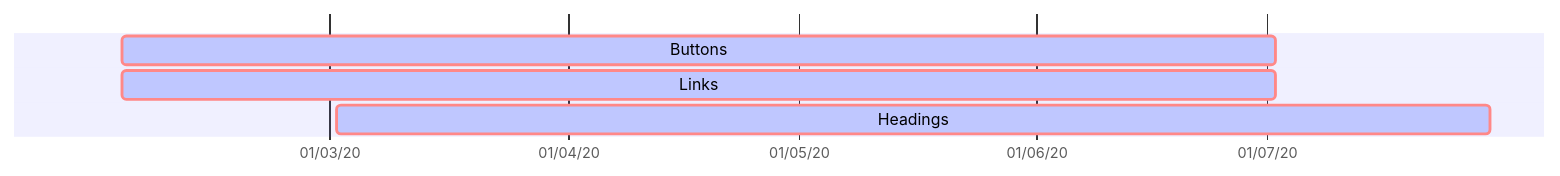
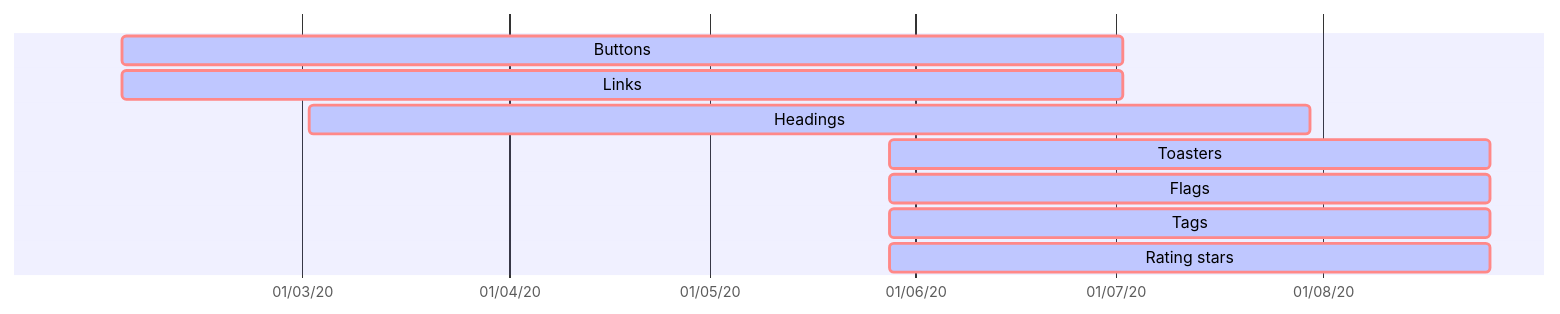
The diagram in docs/pages/long_time_support/README.md (ThomasRumasLM/vuepress-test), drawn with Mermaid before and after one commit. The commit also changed other lines of this file and 39 other files, not shown here.

````diff
--- a/docs/pages/long_time_support/README.md
+++ b/docs/pages/long_time_support/README.md
@@ -7,8 +7,12 @@
 ```mermaid
 gantt
 dateFormat DD-MM-YYYY
 axisFormat %d/%m/%y
 Buttons: active, crit, 03-02-2020, 150d
 Links:active, crit, 03-02-2020, 150d
 Headings:active, crit, 02-03-2020, 150d
+Toasters:active, crit, 28-05-2020, 90d
+Flags:active, crit, 28-05-2020, 90d
+Tags:active, crit, 28-05-2020, 90d
+Rating stars:active, crit, 28-05-2020, 90d
 ```
````
